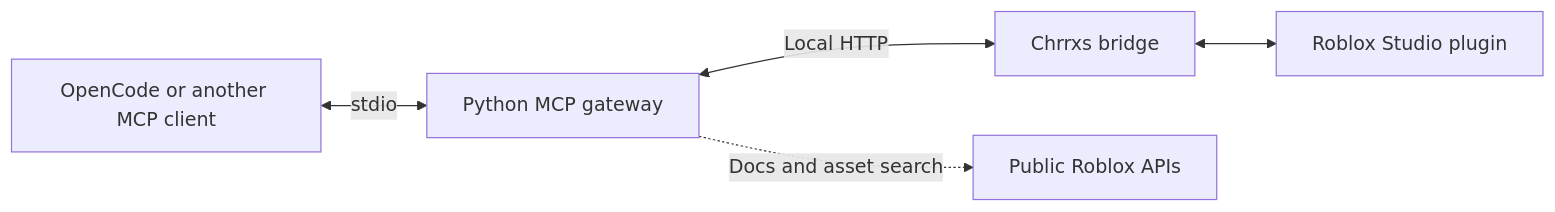
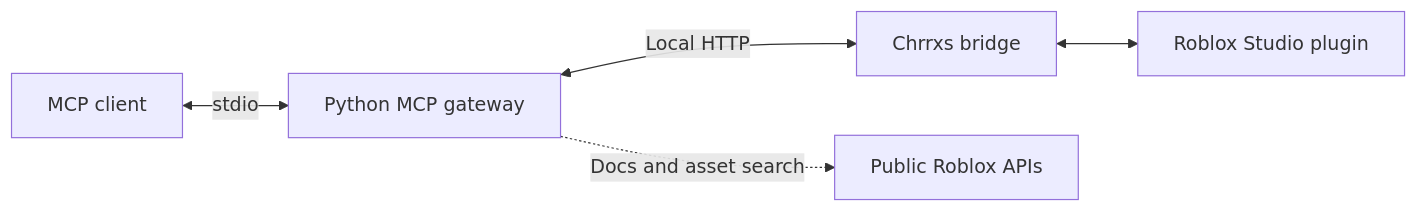
The diagram in README.md (camilin7483/mcp-roblox), drawn with Mermaid before and after one commit. The commit also changed other lines of this file, not shown here.

Commit message:
docs: explain compatibility with local MCP clients

````diff
--- a/README.md
+++ b/README.md
@@ -7,7 +7,7 @@
 ```mermaid
 flowchart LR
-    Client[OpenCode or another MCP client] <-->|stdio| Gateway[Python MCP gateway]
+    Client["MCP client"] <-->|stdio| Gateway[Python MCP gateway]
     Gateway <-->|Local HTTP| Bridge[Chrrxs bridge]
     Bridge <--> Studio[Roblox Studio plugin]
     Gateway -.->|Docs and asset search| APIs[Public Roblox APIs]
 ```
````
